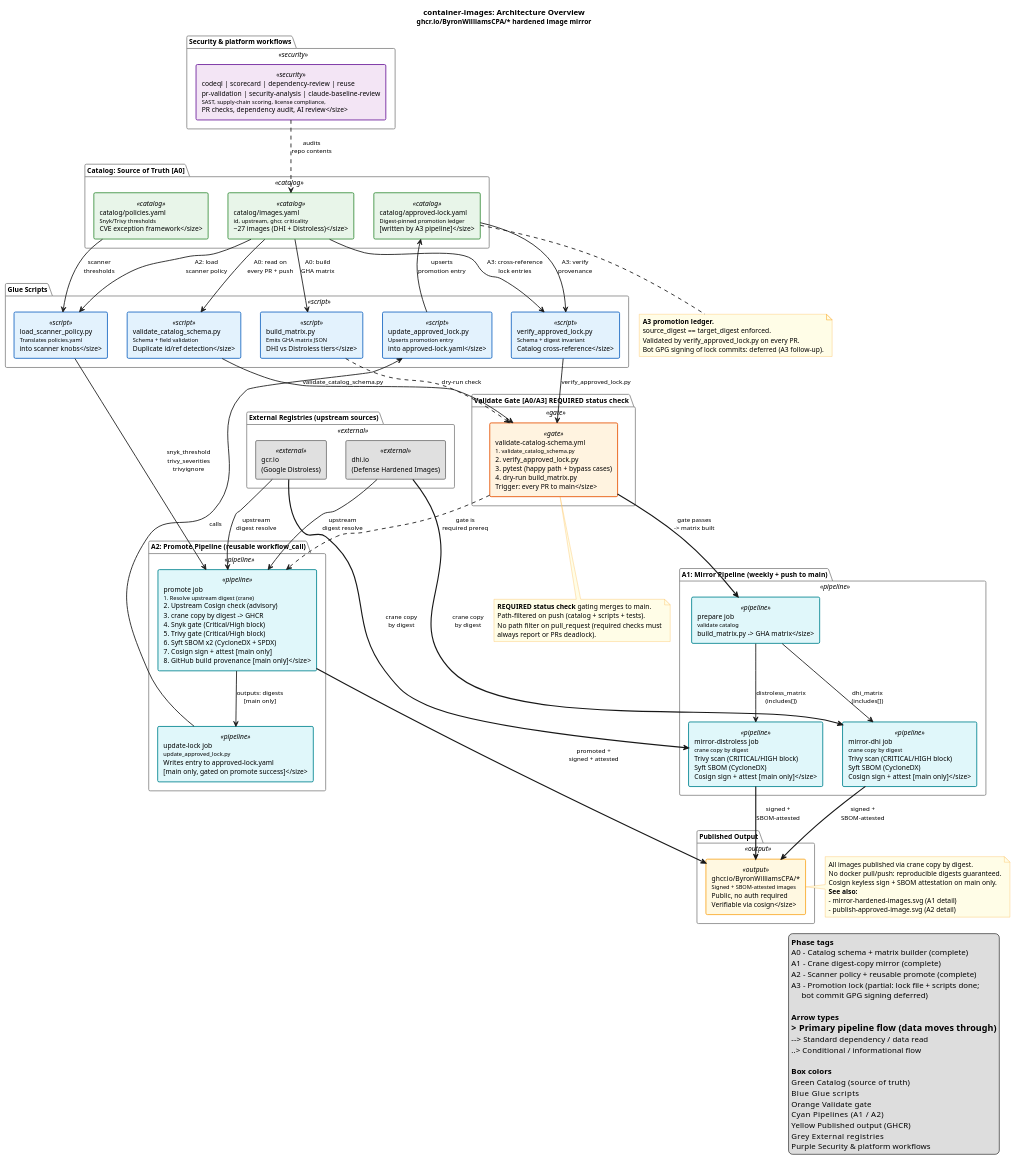
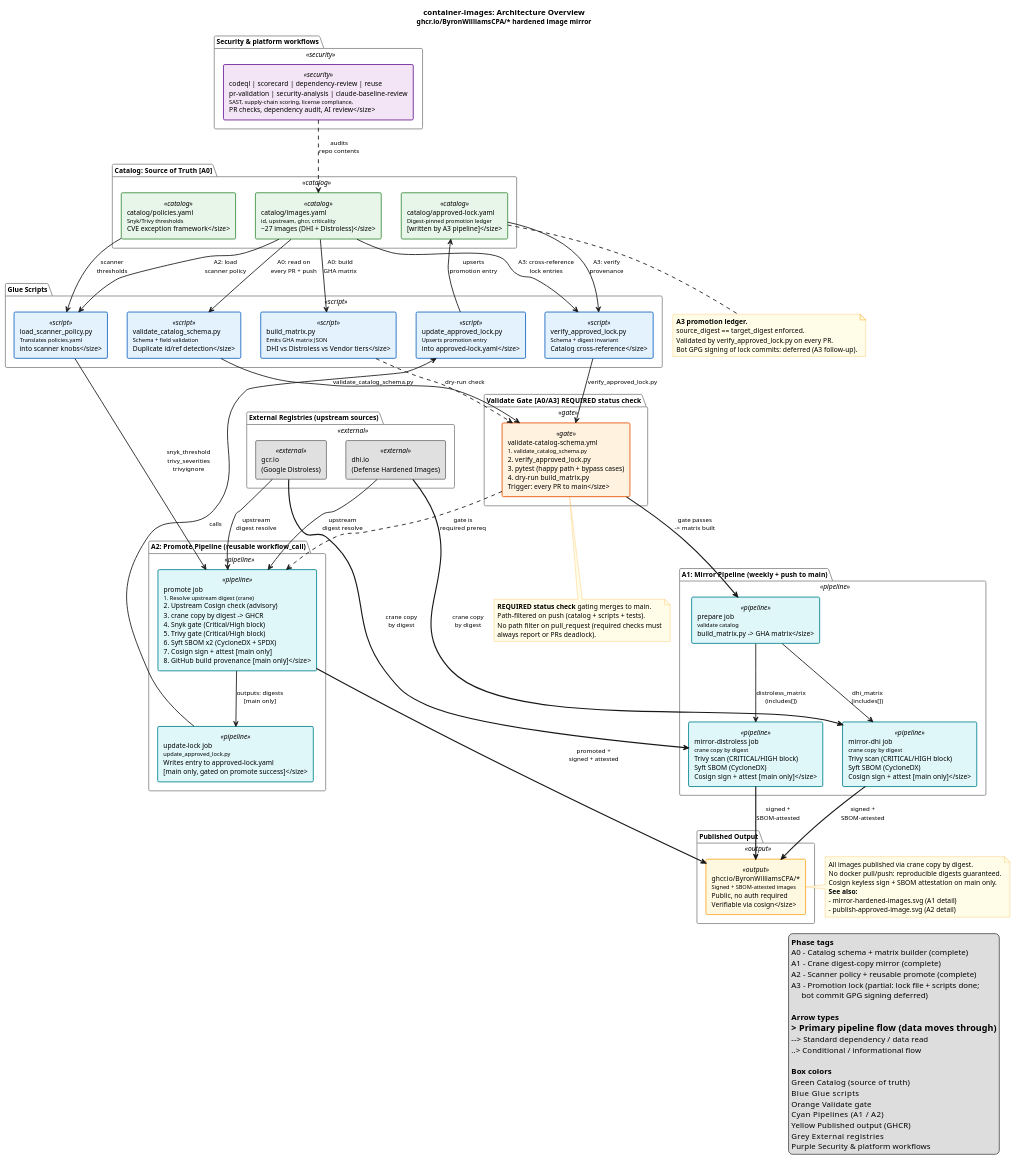
Before and after one commit to ByronWilliamsCPA/container-images: the diagram in docs/diagrams/overview.puml, drawn with PlantUML. The commit also changed 15 other files, not shown here.

```diff
--- a/docs/diagrams/overview.puml
+++ b/docs/diagrams/overview.puml
@@ -59,7 +59,7 @@
 ' ============================================================
 package "Glue Scripts" <<script>> {
   rectangle "validate_catalog_schema.py\n<size:10>Schema + field validation\nDuplicate id/ref detection</size>" <<script>> as VALIDATE
-  rectangle "build_matrix.py\n<size:10>Emits GHA matrix JSON\nDHI vs Distroless tiers</size>" <<script>> as MATRIX
+  rectangle "build_matrix.py\n<size:10>Emits GHA matrix JSON\nDHI vs Distroless vs Vendor tiers</size>" <<script>> as MATRIX
   rectangle "load_scanner_policy.py\n<size:10>Translates policies.yaml\ninto scanner knobs</size>" <<script>> as POLICY_SCRIPT
   rectangle "verify_approved_lock.py\n<size:10>Schema + digest invariant\nCatalog cross-reference</size>" <<script>> as VERIFY_LOCK
   rectangle "update_approved_lock.py\n<size:10>Upserts promotion entry\ninto approved-lock.yaml</size>" <<script>> as UPDATE_LOCK
```
